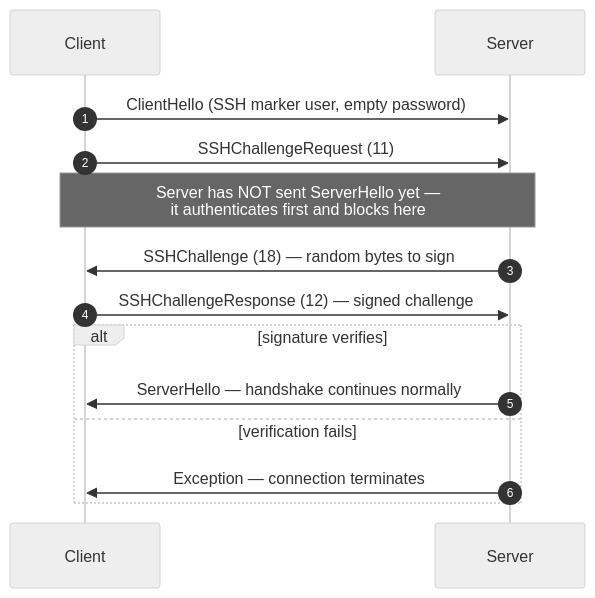
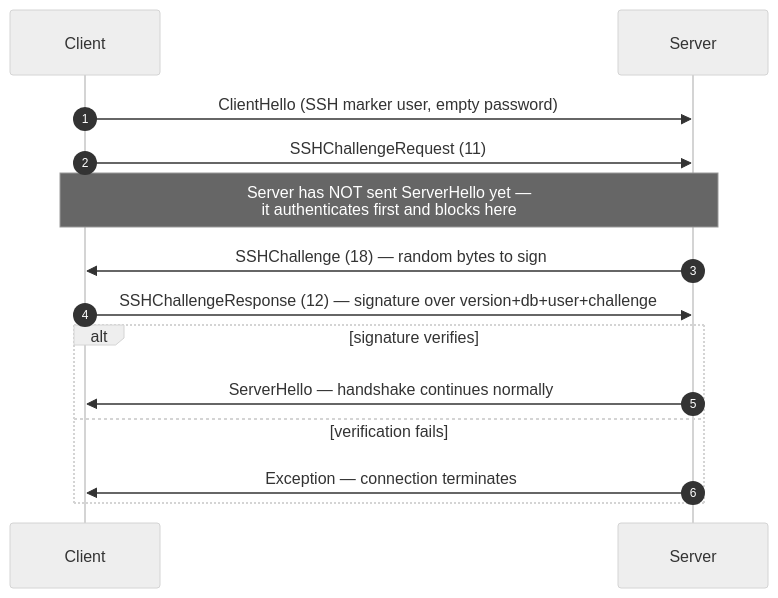
Before and after one commit to hanzoai/datastore: the seventh of 7 diagrams in docs/en/interfaces/specs/NativeProtocol.md, drawn with Mermaid (neutral theme). The commit also changed other lines of this file, not shown here.

Commit message:
chore: spell out the exact SSH challenge sign payload

````diff
--- a/docs/en/interfaces/specs/NativeProtocol.md
+++ b/docs/en/interfaces/specs/NativeProtocol.md
@@ -751,17 +763,17 @@
 ```mermaid
 sequenceDiagram
     autonumber
     participant C as Client
     participant S as Server
 
     C->>S: ClientHello (SSH marker user, empty password)
     C->>S: SSHChallengeRequest (11)
     Note over C,S: Server has NOT sent ServerHello yet —<br/>it authenticates first and blocks here
     S->>C: SSHChallenge (18) — random bytes to sign
-    C->>S: SSHChallengeResponse (12) — signed challenge
+    C->>S: SSHChallengeResponse (12) — signature over version+db+user+challenge
     alt signature verifies
         S->>C: ServerHello — handshake continues normally
     else verification fails
         S->>C: Exception — connection terminates
     end
 ```
````
